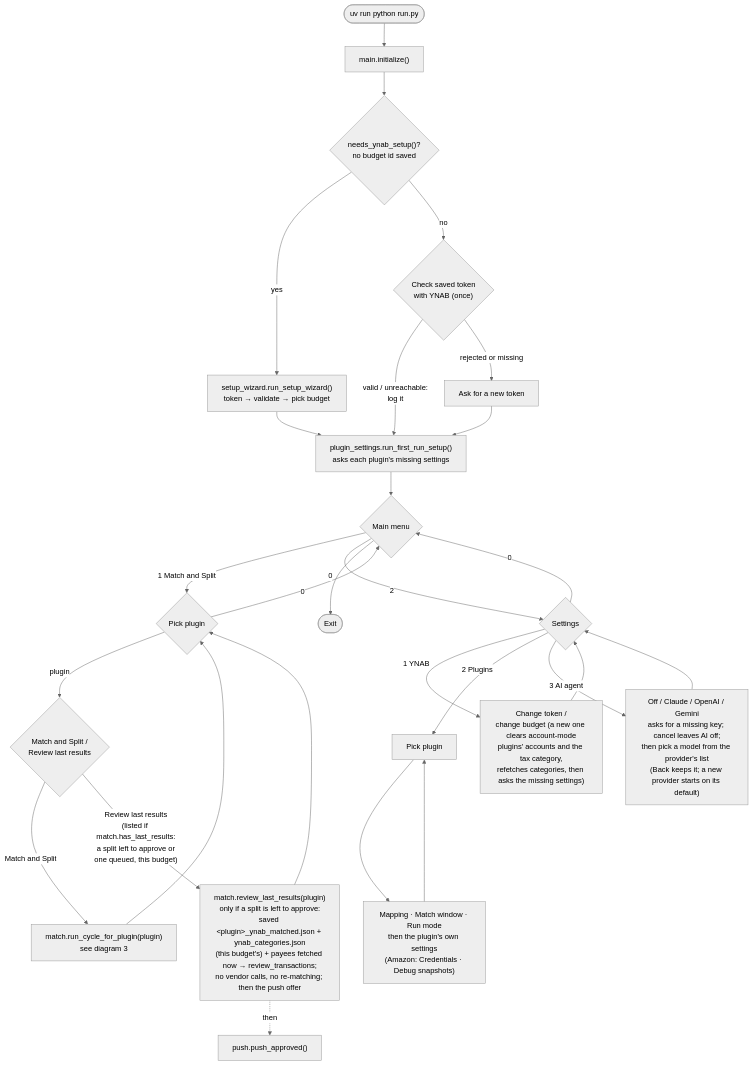
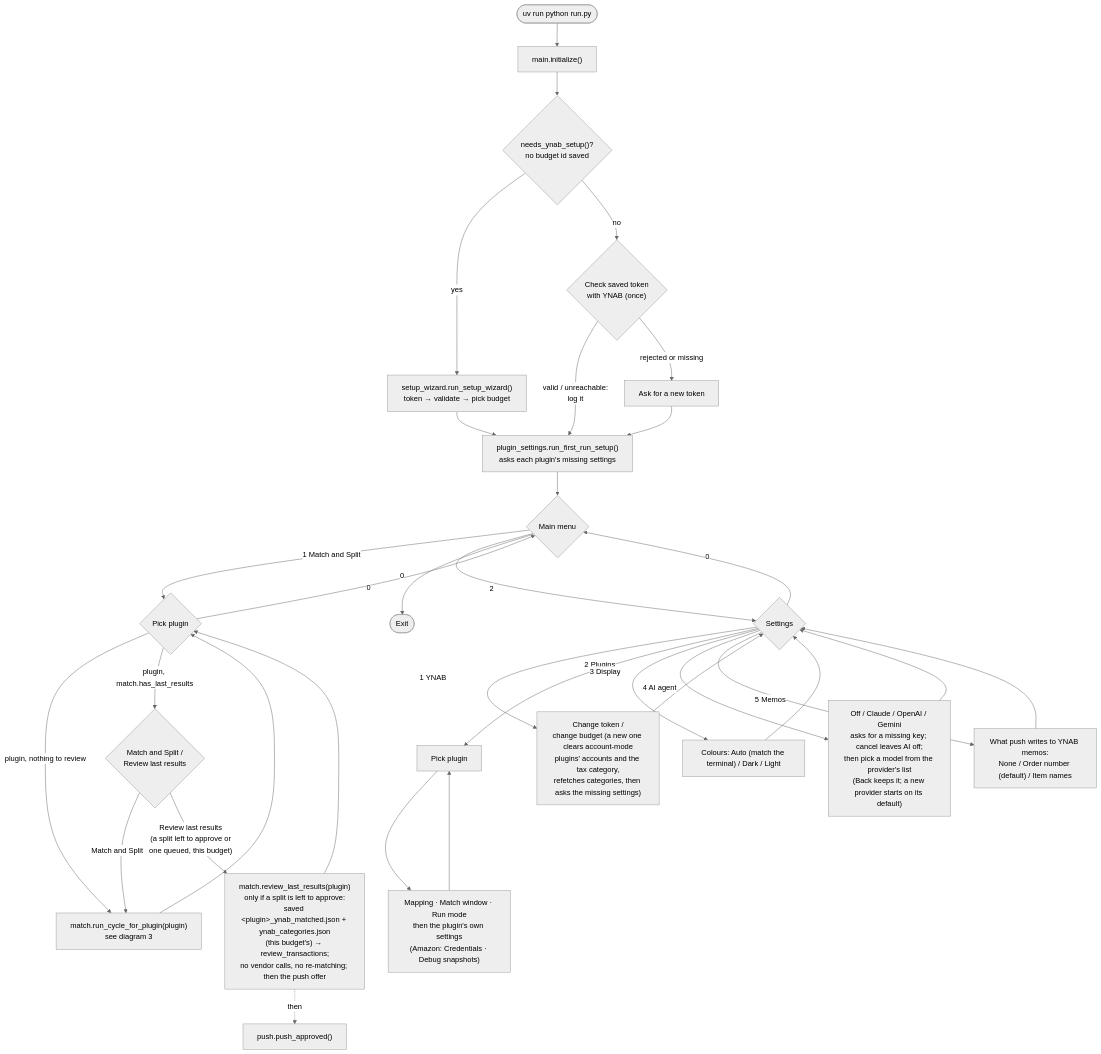
Before and after one commit to PirateIncognito/ynab-order-splitter: the second of 5 diagrams in DIAGRAM.md, drawn with Mermaid (neutral theme). The commit also changed other lines of this file and 20 other files, not shown here.

````diff
--- a/DIAGRAM.md
+++ b/DIAGRAM.md
@@ -59,32 +61,37 @@
 ```mermaid
 flowchart TD
     start(["uv run python run.py"]) --> init["main.initialize()"]
     init --> first{"needs_ynab_setup()?<br/>no budget id saved"}
     first -- yes --> sw["setup_wizard.run_setup_wizard()<br/>token → validate → pick budget"]
     first -- no --> tokencheck{"Check saved token<br/>with YNAB (once)"}
     tokencheck -- "valid / unreachable:<br/>log it" --> plugsetup
     tokencheck -- "rejected or missing" --> newtoken["Ask for a new token"]
     newtoken --> plugsetup
     sw --> plugsetup["plugin_settings.run_first_run_setup()<br/>asks each plugin's missing settings"]
     plugsetup --> mm
 
     mm{"Main menu"}
     mm -- "1 Match and Split" --> pickplug{"Pick plugin"}
-    pickplug -- "plugin" --> plugact{"Match and Split /<br/>Review last results"}
+    pickplug -- "plugin, nothing to review" --> cycle
+    pickplug -- "plugin, match.has_last_results" --> plugact{"Match and Split /<br/>Review last results"}
     plugact -- "Match and Split" --> cycle["match.run_cycle_for_plugin(plugin)<br/>see diagram 3"]
-    plugact -- "Review last results<br/>(listed if match.has_last_results:<br/>a split left to approve or<br/>one queued, this budget)" --> last["match.review_last_results(plugin)<br/>only if a split is left to approve:<br/>saved &lt;plugin&gt;_ynab_matched.json + ynab_categories.json<br/>(this budget's) + payees fetched now → review_transactions;<br/>no vendor calls, no re-matching; then the push offer"]
+    plugact -- "Review last results<br/>(a split left to approve or<br/>one queued, this budget)" --> last["match.review_last_results(plugin)<br/>only if a split is left to approve:<br/>saved &lt;plugin&gt;_ynab_matched.json + ynab_categories.json<br/>(this budget's) → review_transactions;<br/>no vendor calls, no re-matching; then the push offer"]
     cycle & last --> pickplug
     last -. "then" .-> pushlast["push.push_approved()"]
     pickplug -- "0" --> mm
     mm -- "2" --> settings{"Settings"}
     mm -- "0" --> exit(["Exit"])
 
     settings -- "1 YNAB" --> ynabmenu["Change token /<br/>change budget (a new one clears account-mode<br/>plugins' accounts and the tax category,<br/>refetches categories, then asks the missing settings)"]
     settings -- "2 Plugins" --> pluglist["Pick plugin"]
     pluglist --> plugmenu["Mapping · Match window · Run mode<br/>then the plugin's own settings<br/>(Amazon: Credentials · Debug snapshots)"]
-    settings -- "3 AI agent" --> ai["Off / Claude / OpenAI / Gemini<br/>asks for a missing key; cancel leaves AI off;<br/>then pick a model from the provider's list<br/>(Back keeps it; a new provider starts on its default)"]
+    settings -- "3 Display" --> display["Colours: Auto (match the terminal) / Dark / Light"]
+    display --> settings
+    settings -- "4 AI agent" --> ai["Off / Claude / OpenAI / Gemini<br/>asks for a missing key; cancel leaves AI off;<br/>then pick a model from the provider's list<br/>(Back keeps it; a new provider starts on its default)"]
     ai --> settings
+    settings -- "5 Memos" --> memos["What push writes to YNAB memos:<br/>None / Order number (default) / Item names"]
+    memos --> settings
     settings -- "0" --> mm
     ynabmenu --> settings
     plugmenu --> pluglist
 ```
````
